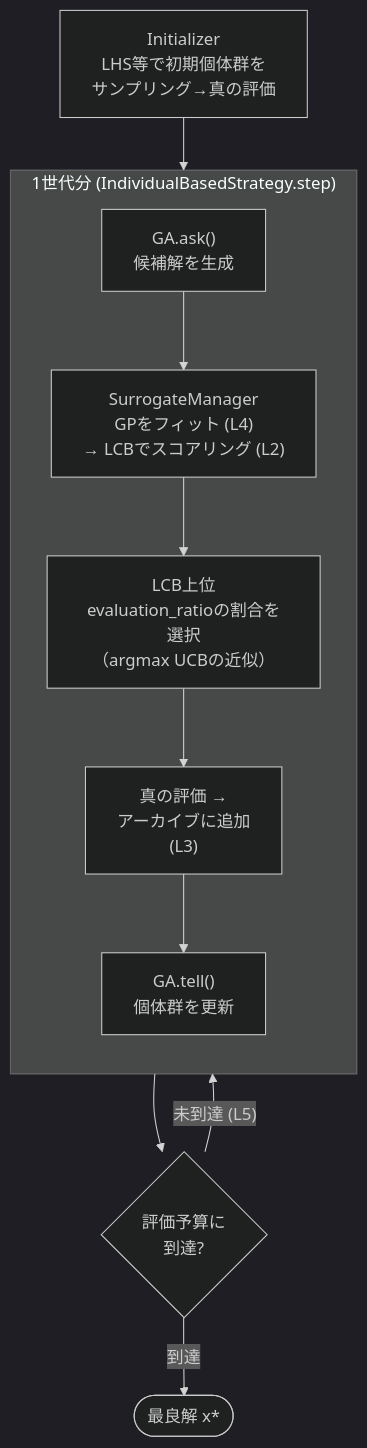
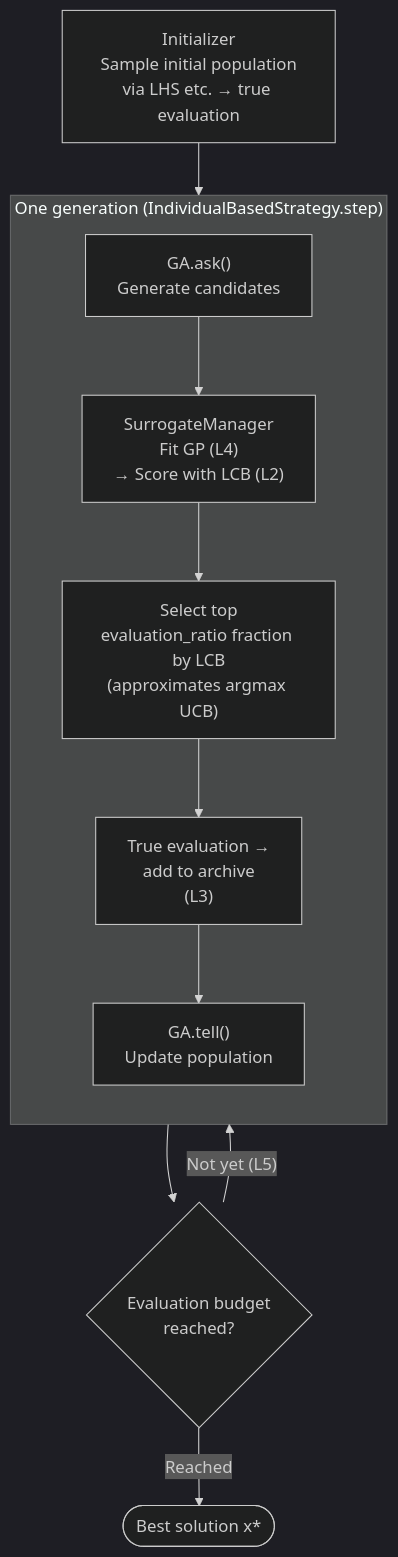
The diagram in docs/algorithms/gp_ucb.md (shlka/saealib), drawn with Mermaid (dark theme) before and after one commit. The commit also changed other lines of this file and 50 other files, not shown here.

````diff
--- a/docs/algorithms/gp_ucb.md
+++ b/docs/algorithms/gp_ucb.md
@@ -34,14 +33,14 @@
 ```{mermaid}
 flowchart TD
-    INIT["Initializer<br/>LHS等で初期個体群を<br/>サンプリング→真の評価"] --> ASK
-    subgraph GEN["1世代分 (IndividualBasedStrategy.step)"]
+    INIT["Initializer<br/>Sample initial population<br/>via LHS etc. → true evaluation"] --> ASK
+    subgraph GEN["One generation (IndividualBasedStrategy.step)"]
         direction TB
-        ASK["GA.ask()<br/>候補解を生成"] --> SCORE["SurrogateManager<br/>GPをフィット (L4)<br/>→ LCBでスコアリング (L2)"]
-        SCORE --> SORT["LCB上位<br/>evaluation_ratioの割合を選択<br/>（argmax UCBの近似）"]
-        SORT --> EVAL["真の評価 →<br/>アーカイブに追加<br/>(L3)"]
-        EVAL --> TELL["GA.tell()<br/>個体群を更新"]
+        ASK["GA.ask()<br/>Generate candidates"] --> SCORE["SurrogateManager<br/>Fit GP (L4)<br/>→ Score with LCB (L2)"]
+        SCORE --> SORT["Select top<br/>evaluation_ratio fraction by LCB<br/>(approximates argmax UCB)"]
+        SORT --> EVAL["True evaluation →<br/>add to archive<br/>(L3)"]
+        EVAL --> TELL["GA.tell()<br/>Update population"]
     end
-    GEN --> TERM{"評価予算に<br/>到達?"}
-    TERM -- "未到達 (L5)" --> ASK
-    TERM -- "到達" --> RESULT(["最良解 x*"])
+    GEN --> TERM{"Evaluation budget<br/>reached?"}
+    TERM -- "Not yet (L5)" --> ASK
+    TERM -- "Reached" --> RESULT(["Best solution x*"])
 ```
````
